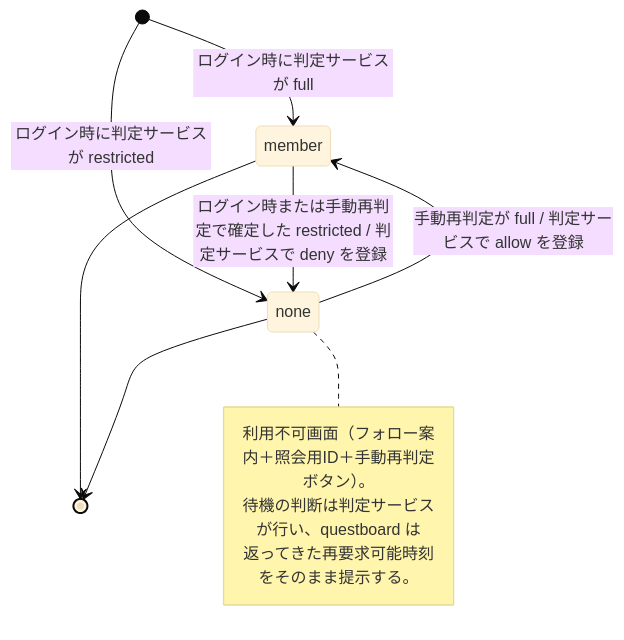
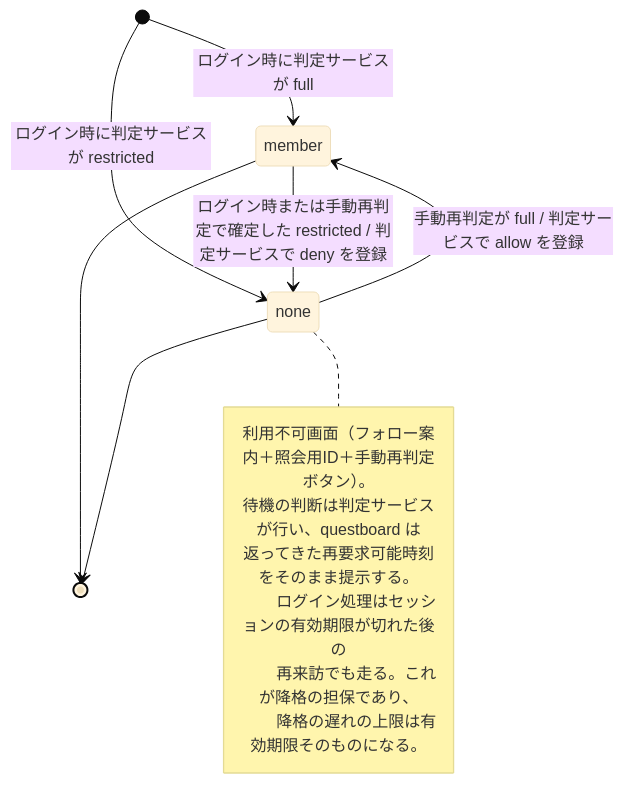
Diagram 11 of 12 in questboard_design_document.md (rictaworks/questboard), drawn with Mermaid (base theme) before and after one commit. The commit also changed other lines of this file and 5 other files, not shown here.

````diff
--- a/questboard_design_document.md
+++ b/questboard_design_document.md
@@ -611,15 +615,19 @@
 ```mermaid
 stateDiagram-v2
     [*] --> member : ログイン時に判定サービスが full
     [*] --> none : ログイン時に判定サービスが restricted
     none --> member : 手動再判定が full / 判定サービスで allow を登録
     member --> none : ログイン時または手動再判定で確定した restricted / 判定サービスで deny を登録
     member --> [*]
     none --> [*]
 
     note right of none
         利用不可画面（フォロー案内＋照会用ID＋手動再判定ボタン）。
         待機の判断は判定サービスが行い、questboard は
         返ってきた再要求可能時刻をそのまま提示する。
+
+        ログイン処理はセッションの有効期限が切れた後の
+        再来訪でも走る。これが降格の担保であり、
+        降格の遅れの上限は有効期限そのものになる。
     end note
 ```
````
